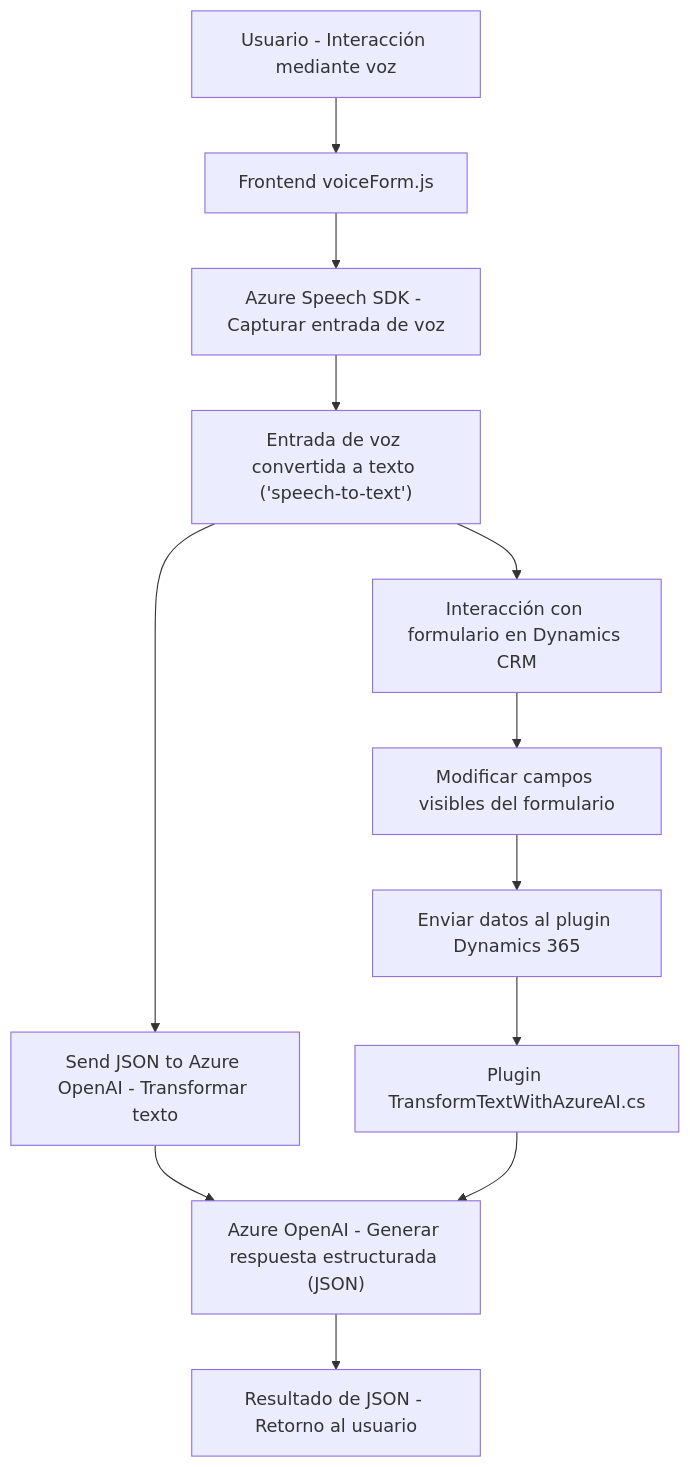
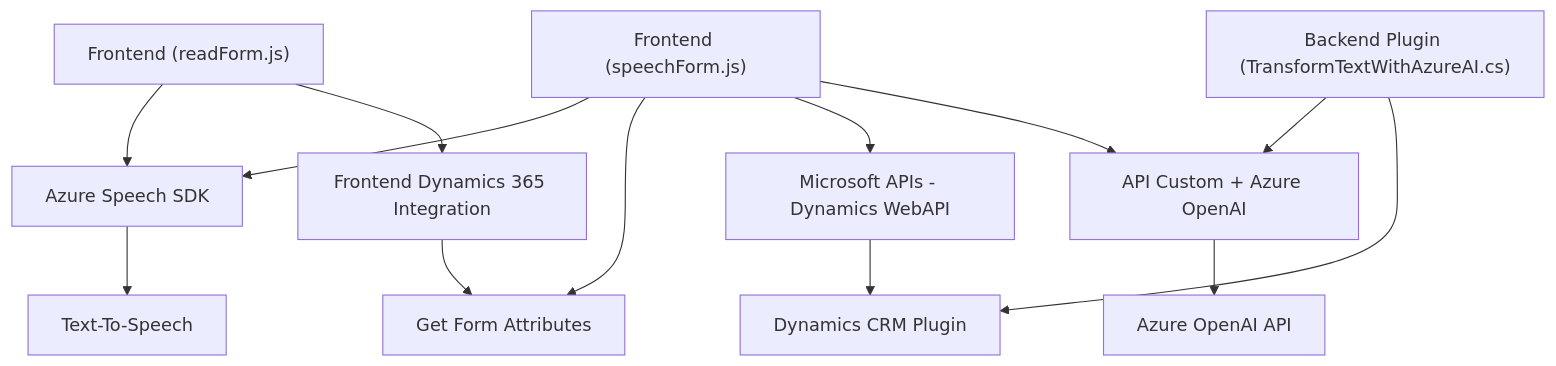
One commit to blopezdm/NETCORE_BILBAO2025 changed the diagram in README.md. Above: the diagram before and after it, drawn with Mermaid. The commit also changed other lines of this file, not shown here.

Commit message:
Actualizar análisis global de la solución con IA

````diff
--- a/README.md
+++ b/README.md
@@ -50,14 +58,15 @@
 ```mermaid
 graph TD
-    A["Usuario - Interacción mediante voz"] --> B["Frontend voiceForm.js"]
-    B --> C["Azure Speech SDK - Capturar entrada de voz"]
-    C --> D["Entrada de voz convertida a texto ('speech-to-text')"]
-    D --> E["Interacción con formulario en Dynamics CRM"]
-    E --> F["Modificar campos visibles del formulario"]
-    D --> G["Send JSON to Azure OpenAI - Transformar texto"]
-    G --> H["Azure OpenAI - Generar respuesta estructurada (JSON)"]
-    H --> I["Resultado de JSON - Retorno al usuario"]
-    F --> J["Enviar datos al plugin Dynamics 365"]
-    J --> K["Plugin TransformTextWithAzureAI.cs"]
-    K --> H
+    A["Frontend (readForm.js)"] --> B["Azure Speech SDK"]
+    A --> C["Frontend Dynamics 365 Integration"]
+    B --> D["Text-To-Speech"]
+    C --> E["Get Form Attributes"]
+    F["Frontend (speechForm.js)"] --> B
+    F --> E
+    F --> G["Microsoft APIs - Dynamics WebAPI"]
+    F --> H["API Custom + Azure OpenAI"]
+    I["Backend Plugin (TransformTextWithAzureAI.cs)"] --> H
+    I --> J["Dynamics CRM Plugin"]
+    H --> K["Azure OpenAI API"]
+    G --> J
 ```
````
